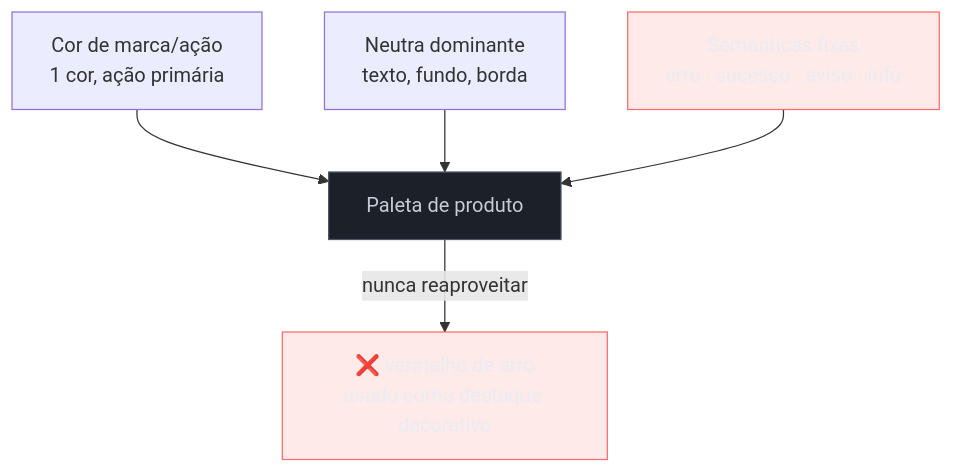
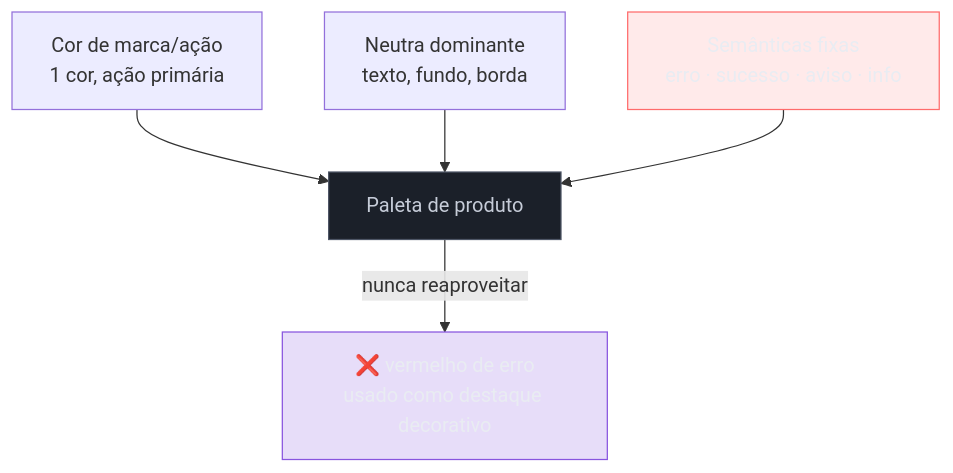
Before and after one commit to josenaldo/codex-technomanticus: the diagram in 03-Dominios/Engenharia/UX/Linguagem Visual e Design System/28 - Cor de produto - OKLCH e paleta semântica.md, drawn with Mermaid. The commit also changed 601 other files, not shown here.

````diff
--- a/03-Dominios/Engenharia/UX/Linguagem Visual e Design System/28 - Cor de produto - OKLCH e paleta semântica.md
+++ b/03-Dominios/Engenharia/UX/Linguagem Visual e Design System/28 - Cor de produto - OKLCH e paleta semântica.md
@@ -54,12 +54,13 @@
 ```mermaid
 graph TD
+    classDef marca fill:#8855DF33,stroke:#8855DF,color:#E9ECF2
     classDef falha fill:#FF6B6B24,stroke:#FF6B6B,color:#E9ECF2
     classDef neutro fill:#1B2029,stroke:#4E5666,color:#C6CCD8
     Brand["Cor de marca/ação<br/>1 cor, ação primária"] --> Pal["Paleta de produto"]
     Neutral["Neutra dominante<br/>texto, fundo, borda"] --> Pal
     Sem["Semânticas fixas<br/>erro · sucesso · aviso · info"] --> Pal
     Pal -->|"nunca reaproveitar"| X["❌ vermelho de erro<br/>usado como destaque decorativo"]
     class Sem falha
     class Pal neutro
-    class X falha
+    class X marca
 ```
````
